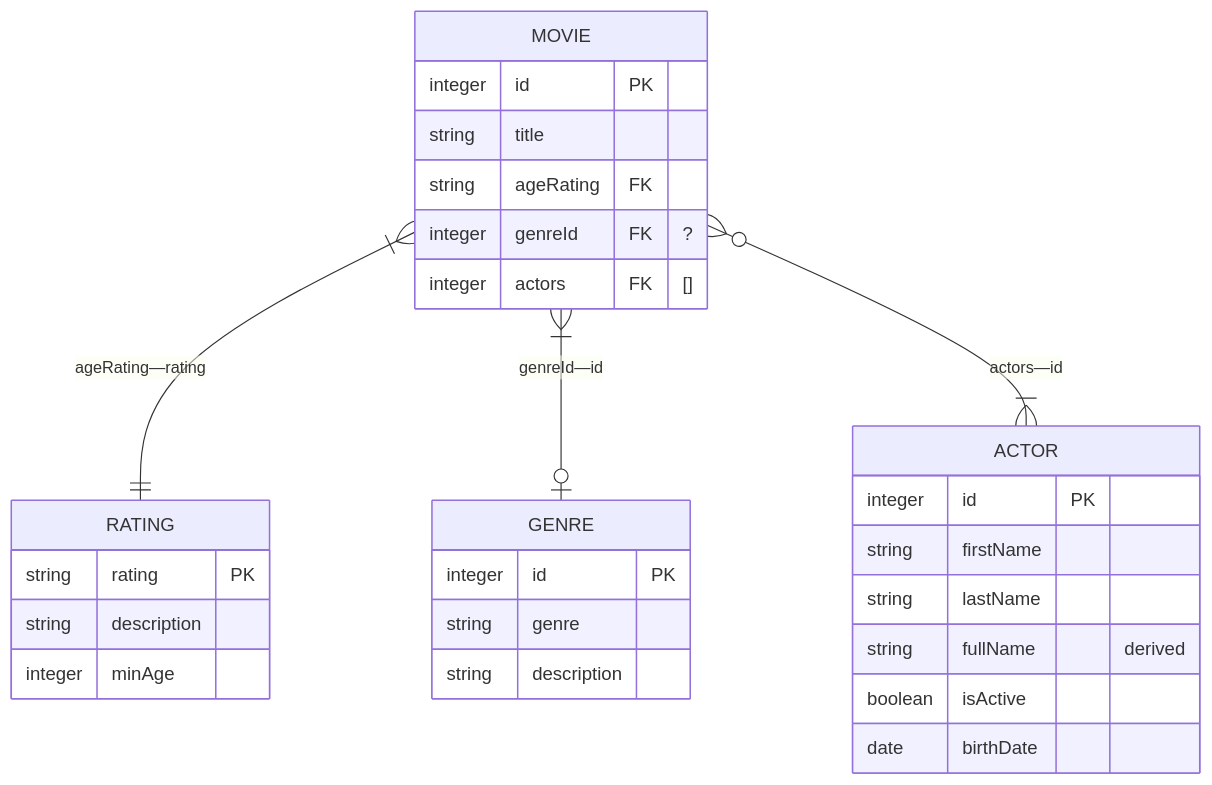
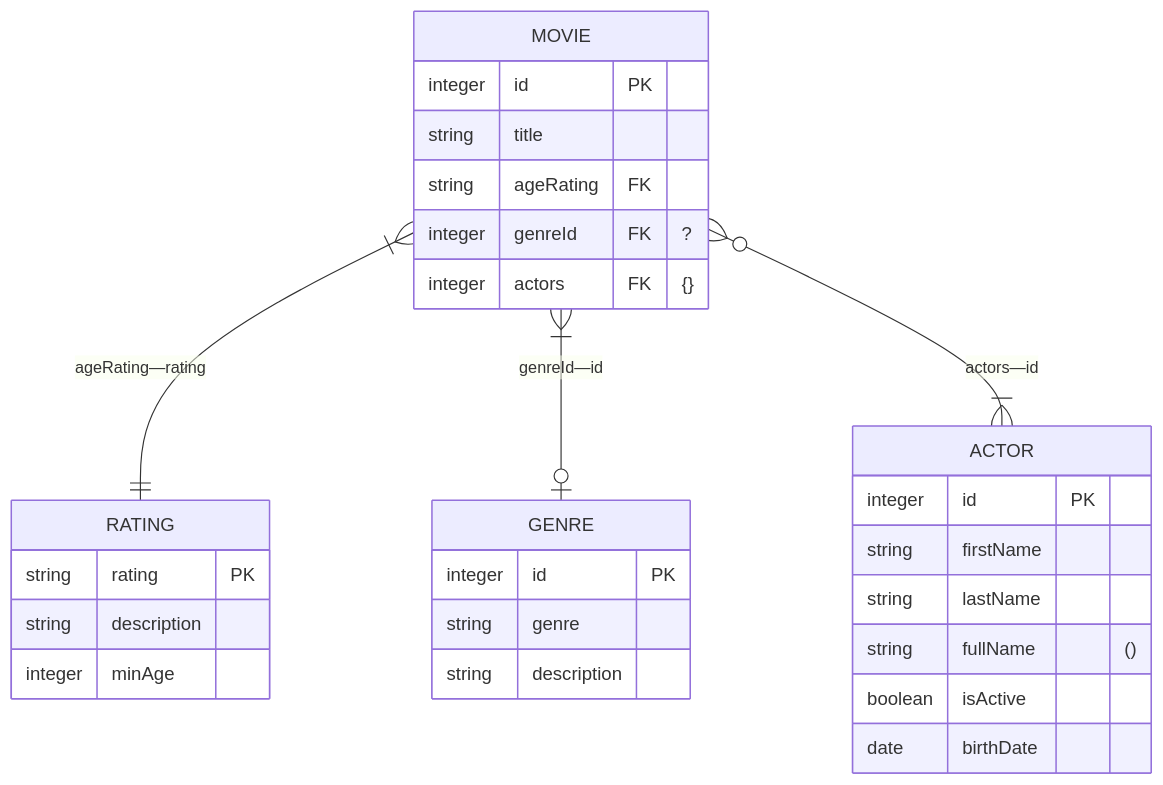
The first of 6 diagrams in CSDS 341 - Intro to Databases/HW/1/Tables.md (tnichols217/notes), drawn with Mermaid before and after one commit. The commit also changed other lines of this file and 7 other files, not shown here.

````diff
--- a/CSDS 341 - Intro to Databases/HW/1/Tables.md
+++ b/CSDS 341 - Intro to Databases/HW/1/Tables.md
@@ -20,31 +20,31 @@
 ```mermaid
 erDiagram
     RATING {
         string rating PK
         string description
         integer minAge
     }
     GENRE {
         integer id PK
         string genre
         string description
     }
     MOVIE {
         integer id PK
         string title
         string ageRating FK
         integer genreId FK "?"
-        integer actors FK "[]"
+        integer actors FK "{}"
     }
     ACTOR {
 	    integer id PK
 	    string firstName
 	    string lastName
-	    string fullName "derived"
+	    string fullName "()"
 	    boolean isActive
 	    date birthDate
     }
 	MOVIE }|--|| RATING : "ageRating—rating"
 	MOVIE }|--o| GENRE : "genreId—id"
 	MOVIE }o--|{ ACTOR : "actors—id"
 ```
````
